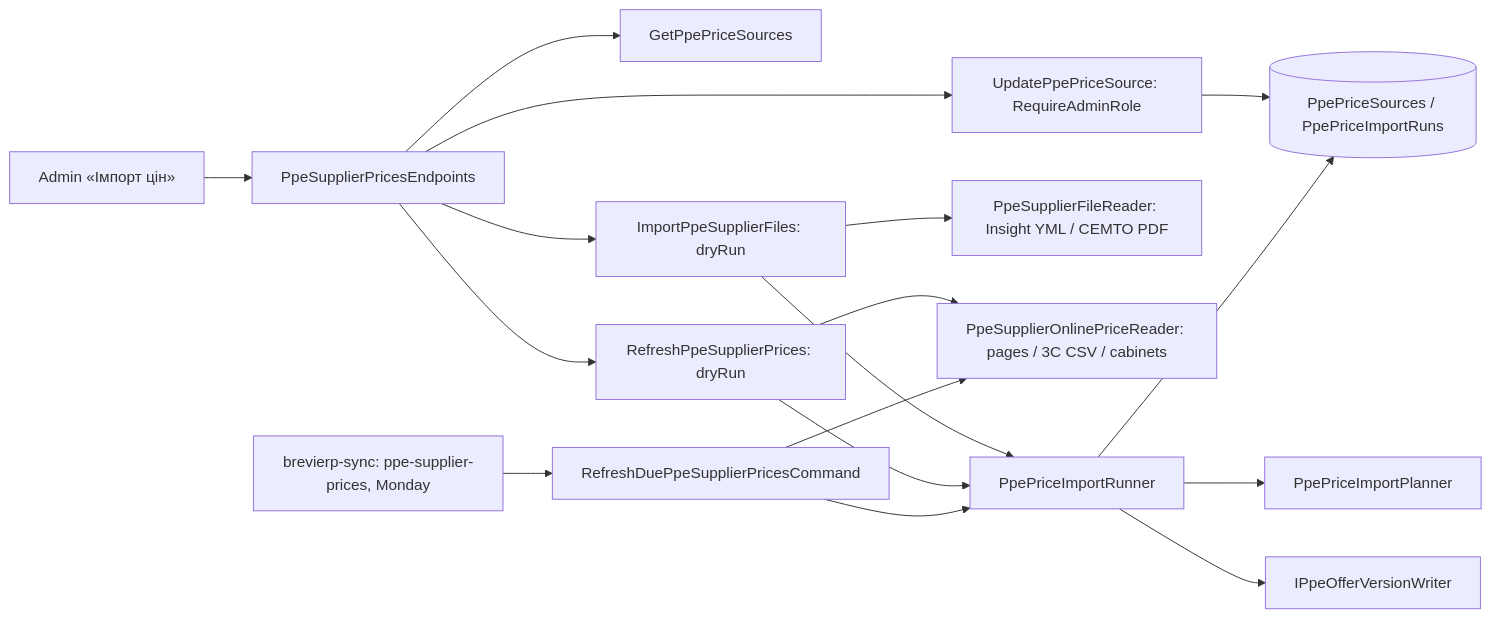
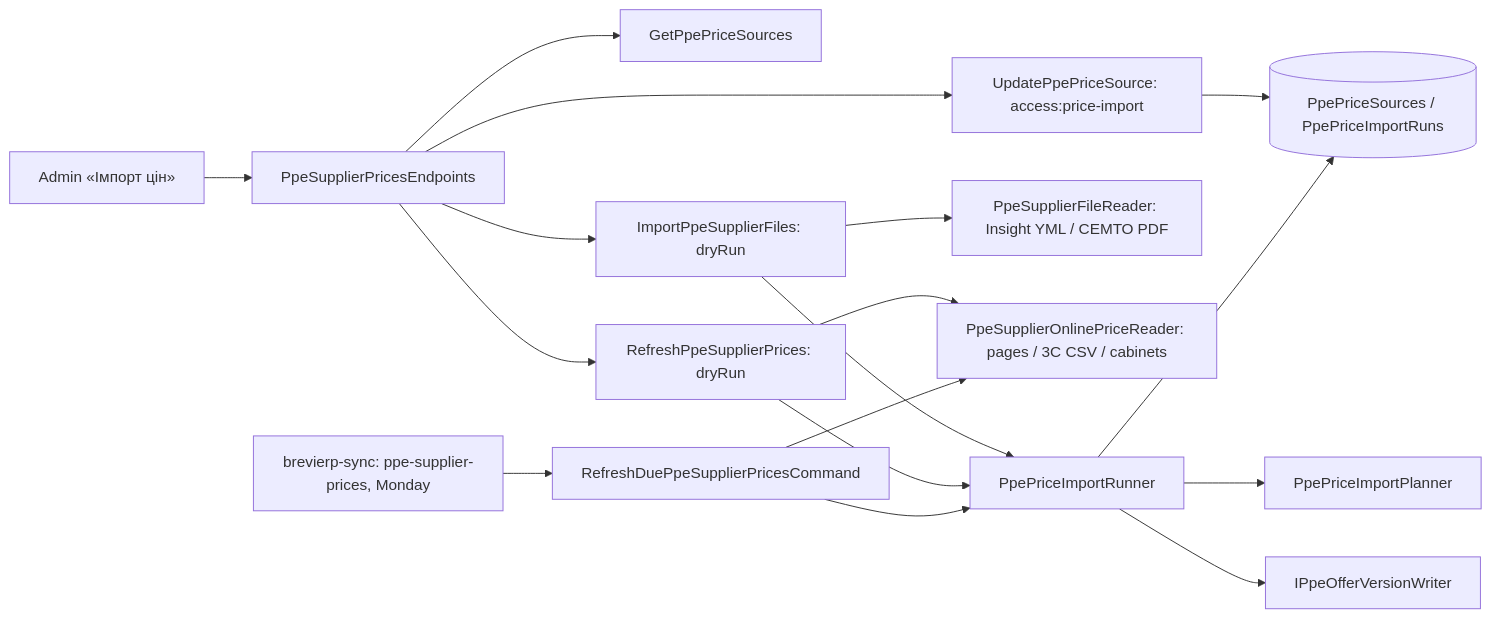
Before and after one commit to Weretik/BreviERP: the diagram in docs/sdd/features/catalog/ppe-supplier-prices.md, drawn with Mermaid. The commit also changed other lines of this file and 62 other files, not shown here.

First line of the commit message:
Redesign access rights: action labels, manager tasks and embroidery settings pages (ACC-002) (#228)

````diff
--- a/docs/sdd/features/catalog/ppe-supplier-prices.md
+++ b/docs/sdd/features/catalog/ppe-supplier-prices.md
@@ -7,19 +7,19 @@
 ```mermaid
 flowchart LR
   Admin[Admin «Імпорт цін»] --> API[PpeSupplierPricesEndpoints]
   API --> List[GetPpePriceSources]
-  API --> Settings[UpdatePpePriceSource: RequireAdminRole]
+  API --> Settings[UpdatePpePriceSource: access:price-import]
   API --> Import[ImportPpeSupplierFiles: dryRun]
   API --> Refresh[RefreshPpeSupplierPrices: dryRun]
   Job[brevierp-sync: ppe-supplier-prices, Monday] --> Scheduled[RefreshDuePpeSupplierPricesCommand]
   Import --> Reader[PpeSupplierFileReader: Insight YML / СЕМТО PDF]
   Refresh --> Online[PpeSupplierOnlinePriceReader: pages / 3C CSV / cabinets]
   Scheduled --> Online
   Import --> Runner[PpePriceImportRunner]
   Refresh --> Runner
   Scheduled --> Runner
   Runner --> Planner[PpePriceImportPlanner]
   Runner --> Offers[IPpeOfferVersionWriter]
   Settings --> Store[(PpePriceSources / PpePriceImportRuns)]
   Runner --> Store
 ```
````
